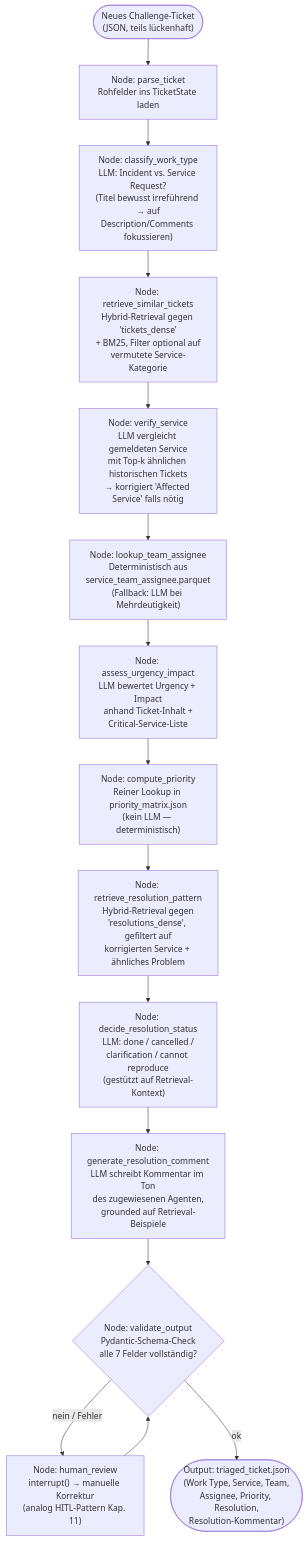
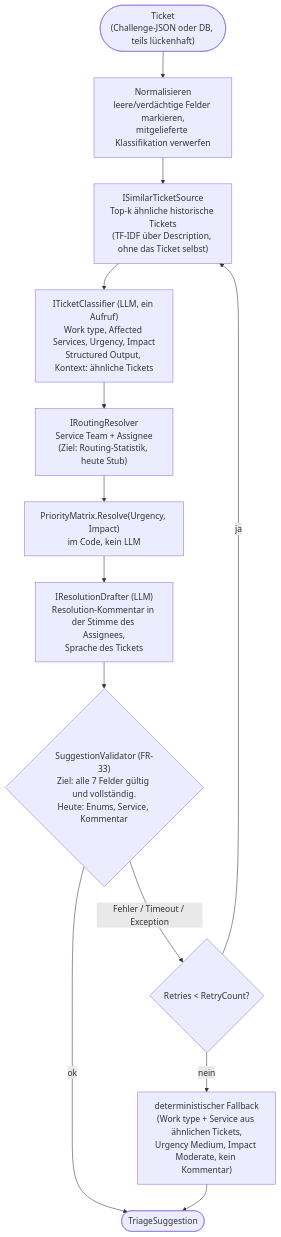
One commit to githubfawu/TriAIge changed the second of 2 diagrams in docs/ticket_triage_architektur.md. Above: the diagram before and after it, drawn with Mermaid. The commit also changed other lines of this file and 51 other files, not shown here.

````diff
--- a/docs/ticket_triage_architektur.md
+++ b/docs/ticket_triage_architektur.md
@@ -42,29 +36,15 @@
 ```mermaid
 flowchart TD
-    Start(["Neues Challenge-Ticket\n(JSON, teils lückenhaft)"]) --> P["Node: parse_ticket\nRohfelder ins TicketState laden"]
-
-    P --> WT["Node: classify_work_type\nLLM: Incident vs. Service Request?\n(Titel bewusst irreführend → auf\nDescription/Comments fokussieren)"]
-
-    WT --> RS["Node: retrieve_similar_tickets\nHybrid-Retrieval gegen 'tickets_dense'\n+ BM25, Filter optional auf\nvermutete Service-Kategorie"]
-
-    RS --> SV["Node: verify_service\nLLM vergleicht gemeldeten Service\nmit Top-k ähnlichen historischen Tickets\n→ korrigiert 'Affected Service' falls nötig"]
-
-    SV --> TA["Node: lookup_team_assignee\nDeterministisch aus\nservice_team_assignee.parquet\n(Fallback: LLM bei Mehrdeutigkeit)"]
-
-    TA --> UI["Node: assess_urgency_impact\nLLM bewertet Urgency + Impact\nanhand Ticket-Inhalt +\nCritical-Service-Liste"]
-
-    UI --> PR["Node: compute_priority\nReiner Lookup in priority_matrix.json\n(kein LLM — deterministisch)"]
-
-    PR --> RR["Node: retrieve_resolution_pattern\nHybrid-Retrieval gegen\n'resolutions_dense', gefiltert auf\nkorrigierten Service + ähnliches Problem"]
-
-    RR --> RD["Node: decide_resolution_status\nLLM: done / cancelled /\nclarification / cannot reproduce\n(gestützt auf Retrieval-Kontext)"]
-
-    RD --> RC["Node: generate_resolution_comment\nLLM schreibt Kommentar im Ton\ndes zugewiesenen Agenten,\ngrounded auf Retrieval-Beispiele"]
-
-    RC --> VAL{"Node: validate_output\nPydantic-Schema-Check\nalle 7 Felder vollständig?"}
-
-    VAL -- "nein / Fehler" --> HITL["Node: human_review\ninterrupt() → manuelle Korrektur\n(analog HITL-Pattern Kap. 11)"]
-    HITL --> VAL
-
-    VAL -- "ok" --> Out(["Output: triaged_ticket.json\n(Work Type, Service, Team,\nAssignee, Priority, Resolution,\nResolution-Kommentar)"])
+    Start(["Ticket<br/>(Challenge-JSON oder DB, teils lückenhaft)"]) --> N["Normalisieren<br/>leere/verdächtige Felder markieren,<br/>mitgelieferte Klassifikation verwerfen"]
+    N --> RS["ISimilarTicketSource<br/>Top-k ähnliche historische Tickets<br/>(TF-IDF über Description, ohne das Ticket selbst)"]
+    RS --> CL["ITicketClassifier (LLM, ein Aufruf)<br/>Work type, Affected Services, Urgency, Impact<br/>Structured Output, Kontext: ähnliche Tickets"]
+    CL --> RT["IRoutingResolver<br/>Service Team + Assignee<br/>(Ziel: Routing-Statistik, heute Stub)"]
+    RT --> PR["PriorityMatrix.Resolve(Urgency, Impact)<br/>im Code, kein LLM"]
+    PR --> DR["IResolutionDrafter (LLM)<br/>Resolution-Kommentar in der Stimme des Assignees,<br/>Sprache des Tickets"]
+    DR --> VAL{"SuggestionValidator (FR-33)<br/>Ziel: alle 7 Felder gültig und vollständig.<br/>Heute: Enums, Service, Kommentar"}
+    VAL -- "ok" --> Out(["TriageSuggestion"])
+    VAL -- "Fehler / Timeout / Exception" --> RETRY{"Retries < RetryCount?"}
+    RETRY -- "ja" --> RS
+    RETRY -- "nein" --> FB["deterministischer Fallback<br/>(Work type + Service aus ähnlichen Tickets,<br/>Urgency Medium, Impact Moderate, kein Kommentar)"]
+    FB --> Out
 ```
````
